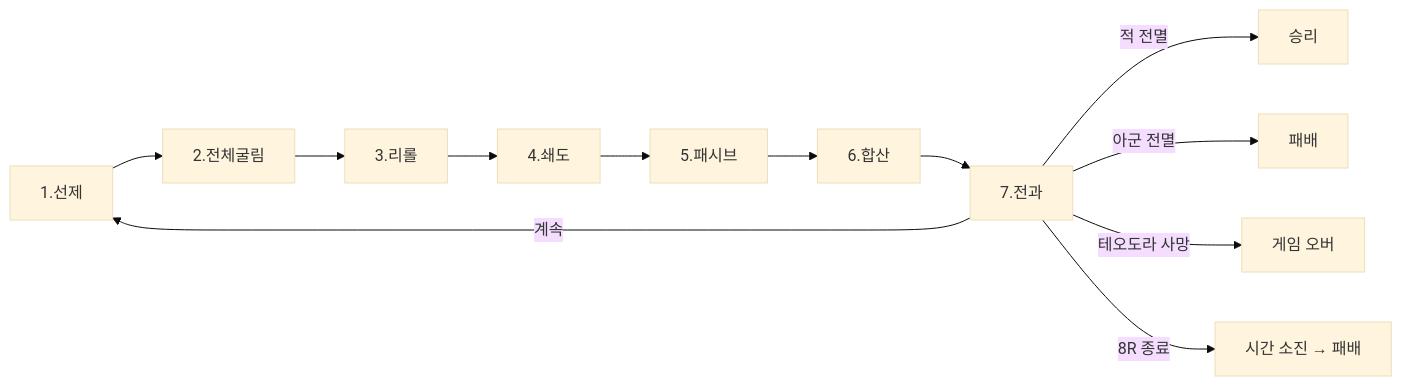
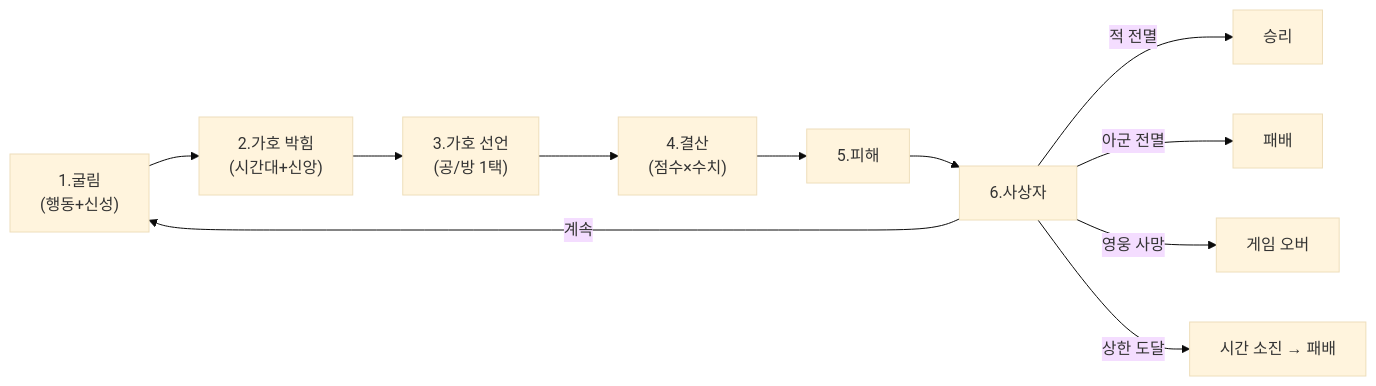
One commit to roam1215-beep/Chronicle-wiki changed the diagram in 02_전투/구조/전투구조.md. Above: the diagram before and after it, drawn with Mermaid (base theme). The commit also changed other lines of this file, not shown here.

````diff
--- a/02_전투/구조/전투구조.md
+++ b/02_전투/구조/전투구조.md
@@ -95,9 +98,9 @@
 ```mermaid
 flowchart LR
-    S1["1.선제"] --> S2["2.전체굴림"] --> S3["3.리롤"] --> S4["4.쇄도"] --> S5["5.패시브"] --> S6["6.합산"] --> S7["7.전과"]
-    S7 -->|적 전멸| WIN["승리"]
-    S7 -->|아군 전멸| LOSE["패배"]
-    S7 -->|테오도라 사망| GAMEOVER["게임 오버"]
-    S7 -->|8R 종료| TIMEOUT["시간 소진 → 패배"]
-    S7 -->|계속| S1
+    S1["1.굴림<br>(행동+신성)"] --> S2["2.가호 박힘<br>(시간대+신앙)"] --> S3["3.가호 선언<br>(공/방 1택)"] --> S4["4.결산<br>(점수×수치)"] --> S5["5.피해"] --> S6["6.사상자"]
+    S6 -->|적 전멸| WIN["승리"]
+    S6 -->|아군 전멸| LOSE["패배"]
+    S6 -->|영웅 사망| GAMEOVER["게임 오버"]
+    S6 -->|상한 도달| TIMEOUT["시간 소진 → 패배"]
+    S6 -->|계속| S1
 ```
````
